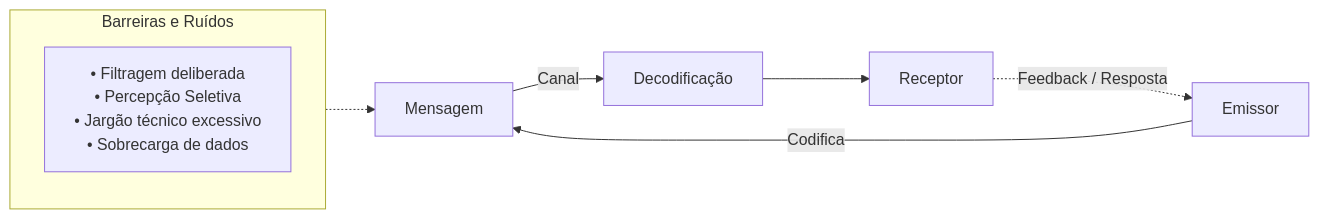
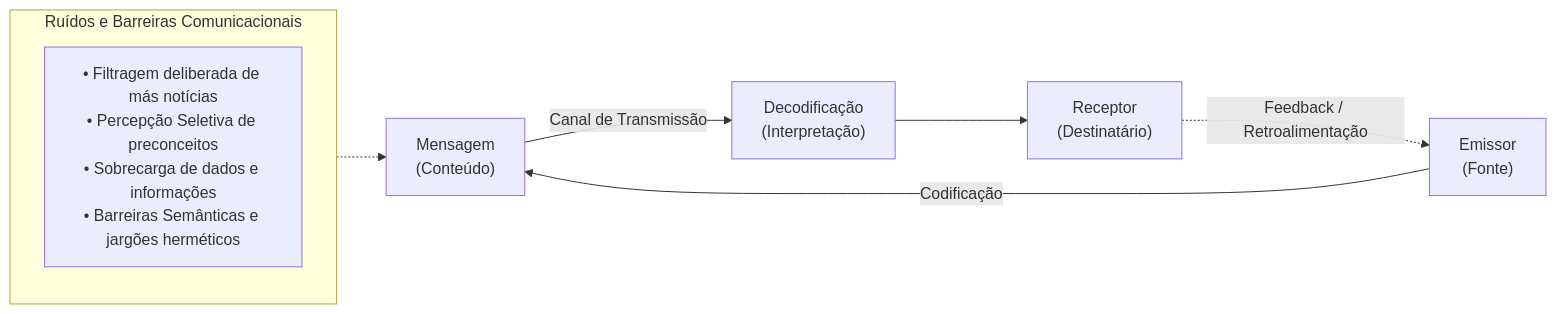
Before and after one commit to thiagosantos346/TCE-GO-2027: the sixth of 6 diagrams in fontes_de_estudo/conhecimentos_especificos_a01_tecnico_administrativo/24_comportamento_organizacional/02_grupos_equipes_lideranca_e_comunicacao_organizacional.md, drawn with Mermaid. The commit also changed other lines of this file and 119 other files, not shown here.

````diff
--- a/fontes_de_estudo/conhecimentos_especificos_a01_tecnico_administrativo/24_comportamento_organizacional/02_grupos_equipes_lideranca_e_comunicacao_organizacional.md
+++ b/fontes_de_estudo/conhecimentos_especificos_a01_tecnico_administrativo/24_comportamento_organizacional/02_grupos_equipes_lideranca_e_comunicacao_organizacional.md
@@ -148,12 +169,12 @@
 ```mermaid
 flowchart LR
-    E["Emissor"] -->|Codifica| M["Mensagem"]
-    M -->|Canal| D["Decodificação"]
-    D --> R["Receptor"]
-    R -.->|Feedback / Resposta| E
+    E["Emissor<br/>(Fonte)"] -->|Codificação| M["Mensagem<br/>(Conteúdo)"]
+    M -->|Canal de Transmissão| D["Decodificação<br/>(Interpretação)"]
+    D --> R["Receptor<br/>(Destinatário)"]
+    R -.->|Feedback / Retroalimentação| E
     
-    subgraph Ruidos ["Barreiras e Ruídos"]
-        Ruido["• Filtragem deliberada<br/>• Percepção Seletiva<br/>• Jargão técnico excessivo<br/>• Sobrecarga de dados"]
+    subgraph Ruidos ["Ruídos e Barreiras Comunicacionais"]
+        Ruido["• Filtragem deliberada de más notícias<br/>• Percepção Seletiva de preconceitos<br/>• Sobrecarga de dados e informações<br/>• Barreiras Semânticas e jargões herméticos"]
     end
     Ruidos -.-> M
 ```
````
